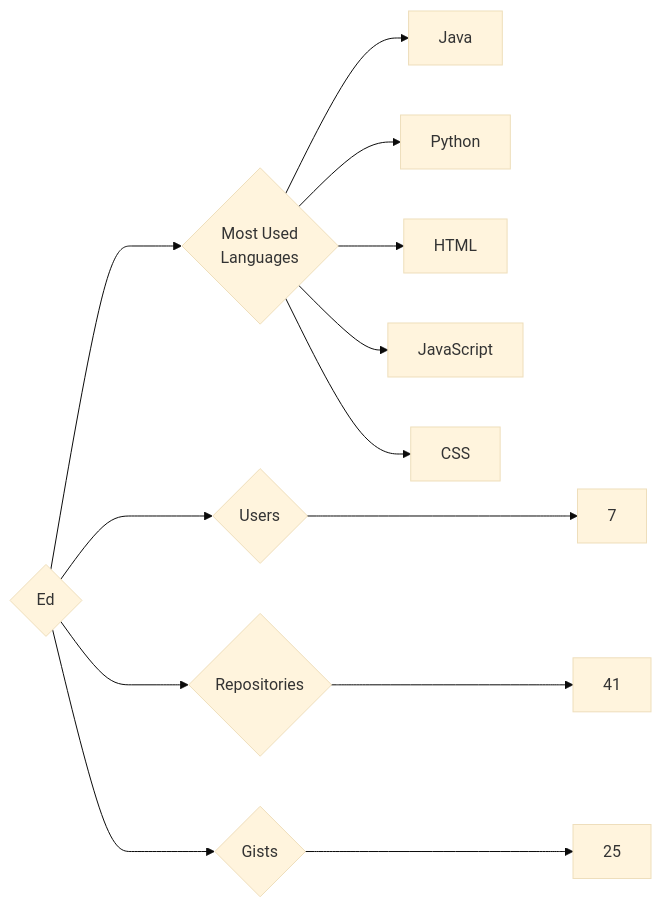
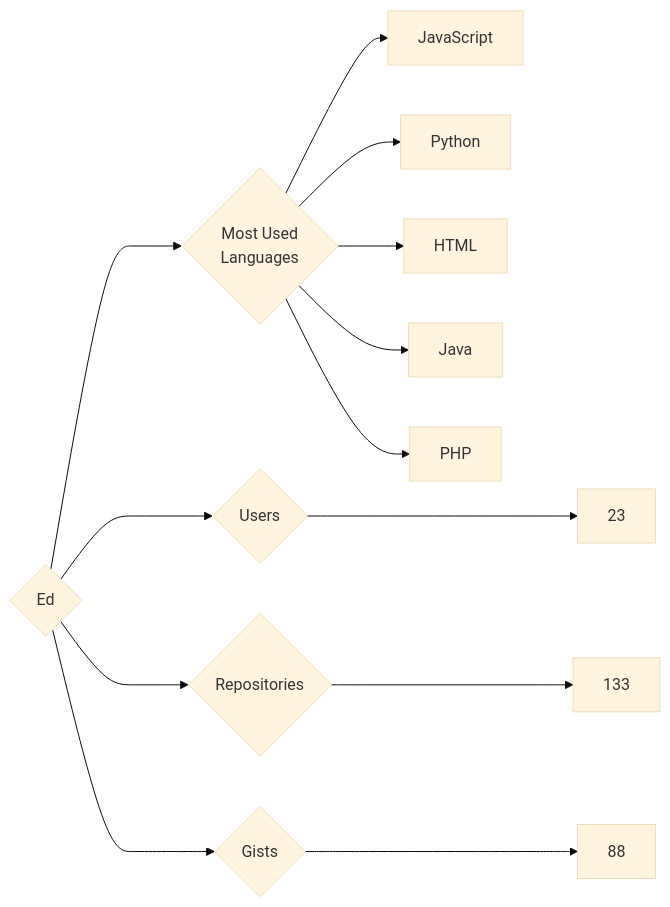
Before and after one commit to trickest/insiders: the diagram in targets/Ed/README.md, drawn with Mermaid (base theme). The commit also changed 916 other files, not shown here.

````diff
--- a/targets/Ed/README.md
+++ b/targets/Ed/README.md
@@ -3,13 +3,13 @@
 ```mermaid
 graph LR
 COMPANY_NAME{Ed}
-COMPANY_NAME ---> U{Users} ---> UN[7]
-COMPANY_NAME ---> R{Repositories} ---> RN[41]
-COMPANY_NAME ---> G{Gists} ---> GN[25]
+COMPANY_NAME ---> U{Users} ---> UN[23]
+COMPANY_NAME ---> R{Repositories} ---> RN[133]
+COMPANY_NAME ---> G{Gists} ---> GN[88]
 COMPANY_NAME ---> ML{Most Used<br>Languages}
-ML --> Java[Java]
+ML --> JavaScript[JavaScript]
 ML --> Python[Python]
 ML --> HTML[HTML]
-ML --> JavaScript[JavaScript]
-ML --> CSS[CSS]
+ML --> Java[Java]
+ML --> PHP[PHP]
 ```
````
